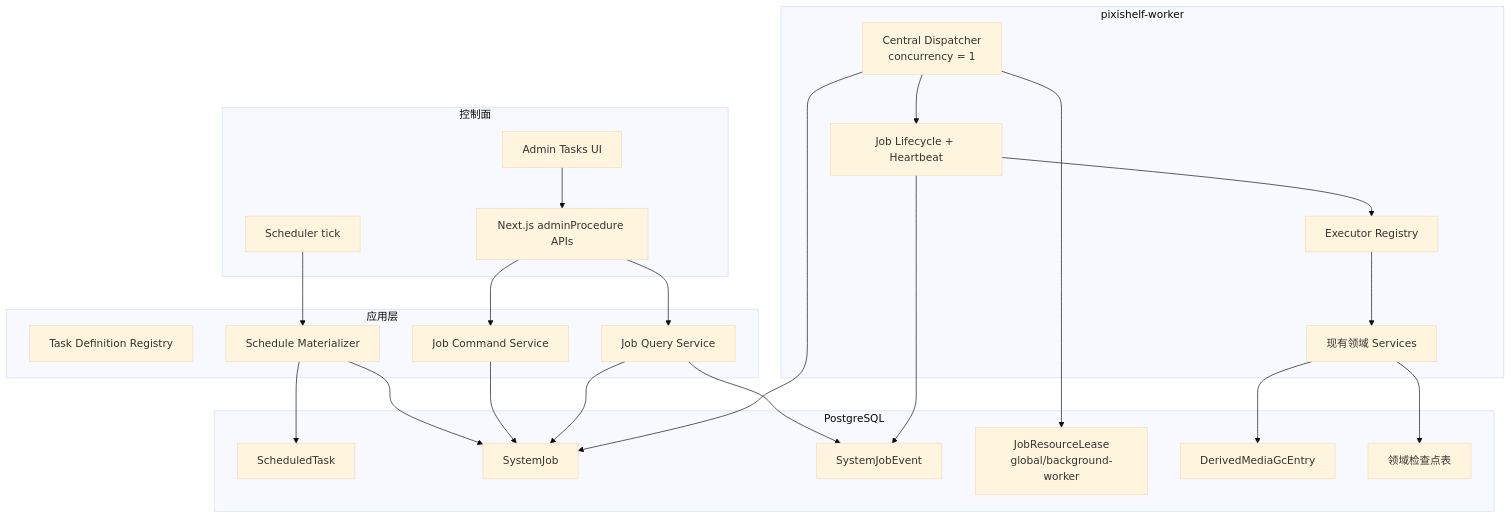
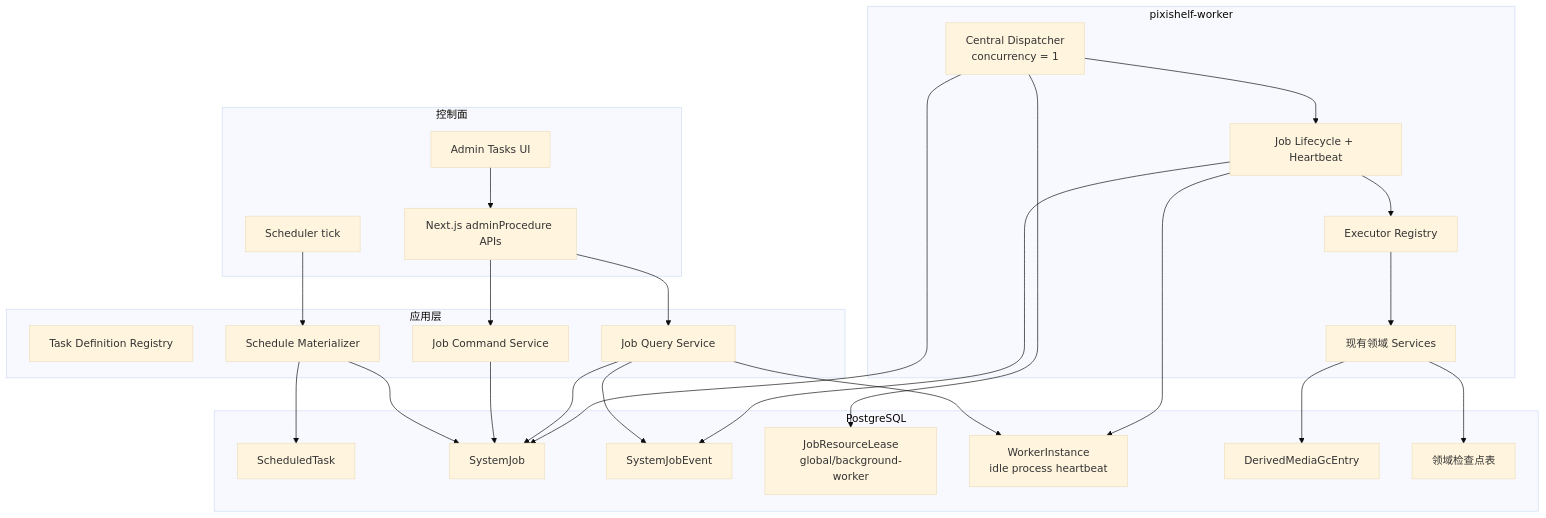
One commit to namehu/PixiShelf changed the second of 7 diagrams in docs/design/background-task-architecture.md. Above: the diagram before and after it, drawn with Mermaid (base theme). The commit also changed other lines of this file and 122 other files, not shown here.

```diff
--- a/docs/design/background-task-architecture.md
+++ b/docs/design/background-task-architecture.md
@@ -130,49 +130,52 @@
 ~~~mermaid
 flowchart TB
   subgraph Clients["控制面"]
     UI["Admin Tasks UI"]
     API["Next.js adminProcedure APIs"]
     Scheduler["Scheduler tick"]
   end
 
   subgraph Application["应用层"]
     Catalog["Task Definition Registry"]
     Enqueue["Job Command Service"]
     Query["Job Query Service"]
     Materializer["Schedule Materializer"]
   end
 
   subgraph Persistence["PostgreSQL"]
     Scheduled["ScheduledTask"]
     Jobs["SystemJob"]
     Events["SystemJobEvent"]
     Lease["JobResourceLease<br/>global/background-worker"]
+    Presence["WorkerInstance<br/>idle process heartbeat"]
     GC["DerivedMediaGcEntry"]
     Domain["领域检查点表"]
   end
 
   subgraph Worker["pixishelf-worker"]
     Dispatcher["Central Dispatcher<br/>concurrency = 1"]
     Lifecycle["Job Lifecycle + Heartbeat"]
     Executors["Executor Registry"]
     DomainServices["现有领域 Services"]
   end
 
   UI --> API
   API --> Enqueue
   API --> Query
   Scheduler --> Materializer
   Materializer --> Scheduled
   Materializer --> Jobs
   Enqueue --> Jobs
   Query --> Jobs
   Query --> Events
+  Query --> Presence
   Dispatcher --> Lease
   Dispatcher --> Jobs
+  Lifecycle --> Presence
   Dispatcher --> Lifecycle
   Lifecycle --> Events
   Lifecycle --> Executors
   Executors --> DomainServices
   DomainServices --> Domain
   DomainServices --> GC
 ~~~
```
